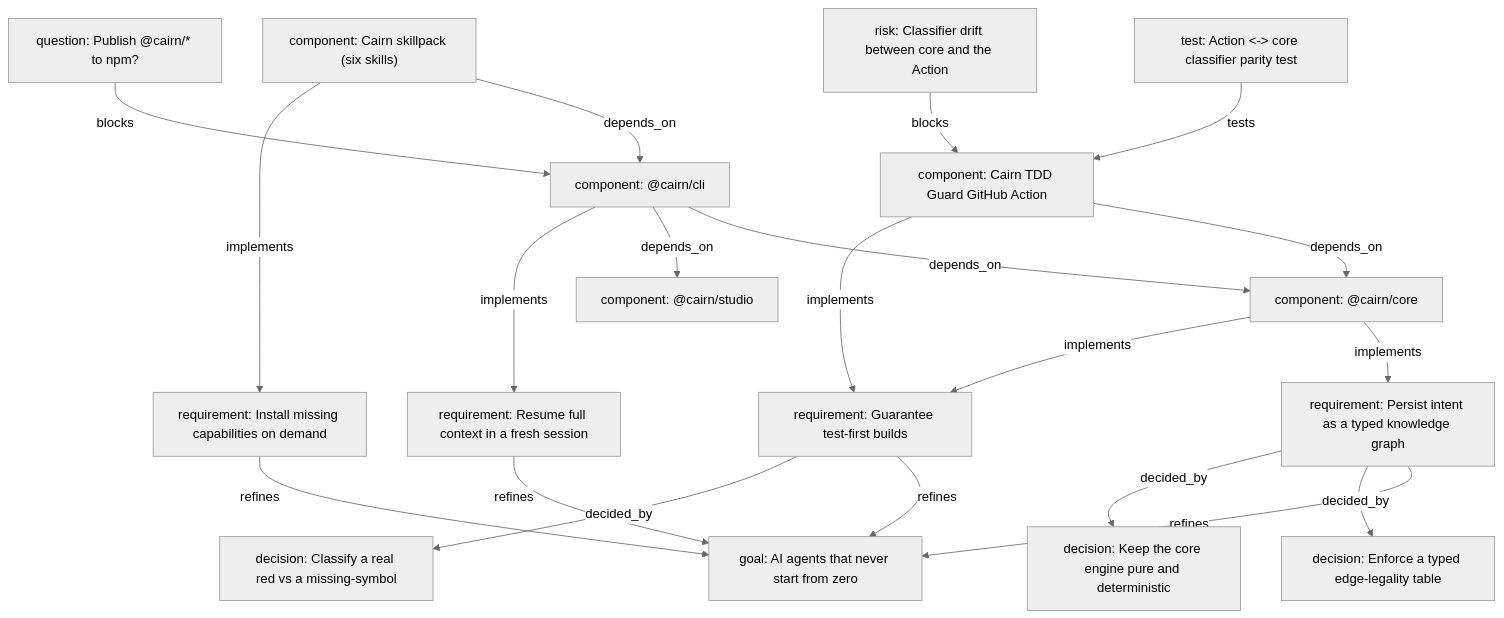
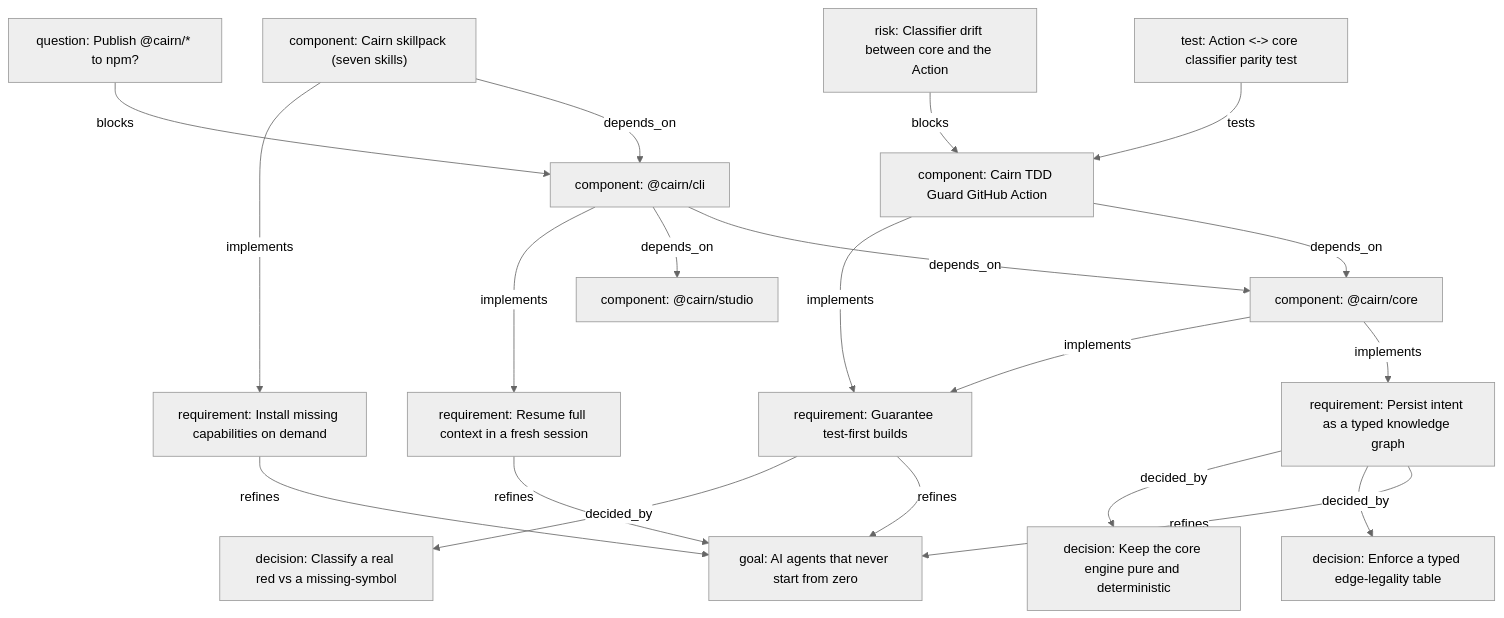
Before and after one commit to AnkushBL6/cairn: the diagram in README.md, drawn with Mermaid (neutral theme). The commit also changed other lines of this file and 12 other files, not shown here.

````diff
--- a/README.md
+++ b/README.md
@@ -130,38 +131,38 @@
 ```mermaid
 flowchart TD
   n_goal__ai_agents_that_never_start_from_zero["goal: AI agents that never start from zero"]
   n_requirement__persist_intent_as_a_typed_knowledge_graph["requirement: Persist intent as a typed knowledge graph"]
   n_requirement__resume_full_context_in_a_fresh_session["requirement: Resume full context in a fresh session"]
   n_requirement__guarantee_test_first_builds["requirement: Guarantee test-first builds"]
   n_requirement__install_missing_capabilities_on_demand["requirement: Install missing capabilities on demand"]
   n_decision__keep_the_core_engine_pure_and_deterministic["decision: Keep the core engine pure and deterministic"]
   n_decision__classify_a_real_red_vs_a_missing_symbol["decision: Classify a real red vs a missing-symbol"]
   n_decision__enforce_a_typed_edge_legality_table["decision: Enforce a typed edge-legality table"]
   n_component__cairn_core["component: @cairn/core"]
   n_component__cairn_studio["component: @cairn/studio"]
   n_component__cairn_cli["component: @cairn/cli"]
-  n_component__cairn_skillpack_six_skills["component: Cairn skillpack (six skills)"]
+  n_component__cairn_skillpack_seven_skills["component: Cairn skillpack (seven skills)"]
   n_component__cairn_tdd_guard_github_action["component: Cairn TDD Guard GitHub Action"]
   n_question__publish_cairn_to_npm["question: Publish @cairn/* to npm?"]
   n_risk__classifier_drift_between_core_and_the_action["risk: Classifier drift between core and the Action"]
   n_test__action_core_classifier_parity_test["test: Action <-> core classifier parity test"]
   n_requirement__persist_intent_as_a_typed_knowledge_graph -->|refines| n_goal__ai_agents_that_never_start_from_zero
   n_requirement__resume_full_context_in_a_fresh_session -->|refines| n_goal__ai_agents_that_never_start_from_zero
   n_requirement__guarantee_test_first_builds -->|refines| n_goal__ai_agents_that_never_start_from_zero
   n_requirement__install_missing_capabilities_on_demand -->|refines| n_goal__ai_agents_that_never_start_from_zero
   n_requirement__persist_intent_as_a_typed_knowledge_graph -->|decided_by| n_decision__enforce_a_typed_edge_legality_table
   n_requirement__persist_intent_as_a_typed_knowledge_graph -->|decided_by| n_decision__keep_the_core_engine_pure_and_deterministic
   n_requirement__guarantee_test_first_builds -->|decided_by| n_decision__classify_a_real_red_vs_a_missing_symbol
   n_component__cairn_cli -->|depends_on| n_component__cairn_core
   n_component__cairn_cli -->|depends_on| n_component__cairn_studio
-  n_component__cairn_skillpack_six_skills -->|depends_on| n_component__cairn_cli
+  n_component__cairn_skillpack_seven_skills -->|depends_on| n_component__cairn_cli
   n_component__cairn_tdd_guard_github_action -->|depends_on| n_component__cairn_core
   n_component__cairn_core -->|implements| n_requirement__persist_intent_as_a_typed_knowledge_graph
   n_component__cairn_core -->|implements| n_requirement__guarantee_test_first_builds
   n_component__cairn_cli -->|implements| n_requirement__resume_full_context_in_a_fresh_session
-  n_component__cairn_skillpack_six_skills -->|implements| n_requirement__install_missing_capabilities_on_demand
+  n_component__cairn_skillpack_seven_skills -->|implements| n_requirement__install_missing_capabilities_on_demand
   n_component__cairn_tdd_guard_github_action -->|implements| n_requirement__guarantee_test_first_builds
   n_test__action_core_classifier_parity_test -->|tests| n_component__cairn_tdd_guard_github_action
   n_risk__classifier_drift_between_core_and_the_action -->|blocks| n_component__cairn_tdd_guard_github_action
   n_question__publish_cairn_to_npm -->|blocks| n_component__cairn_cli
 ```
````
